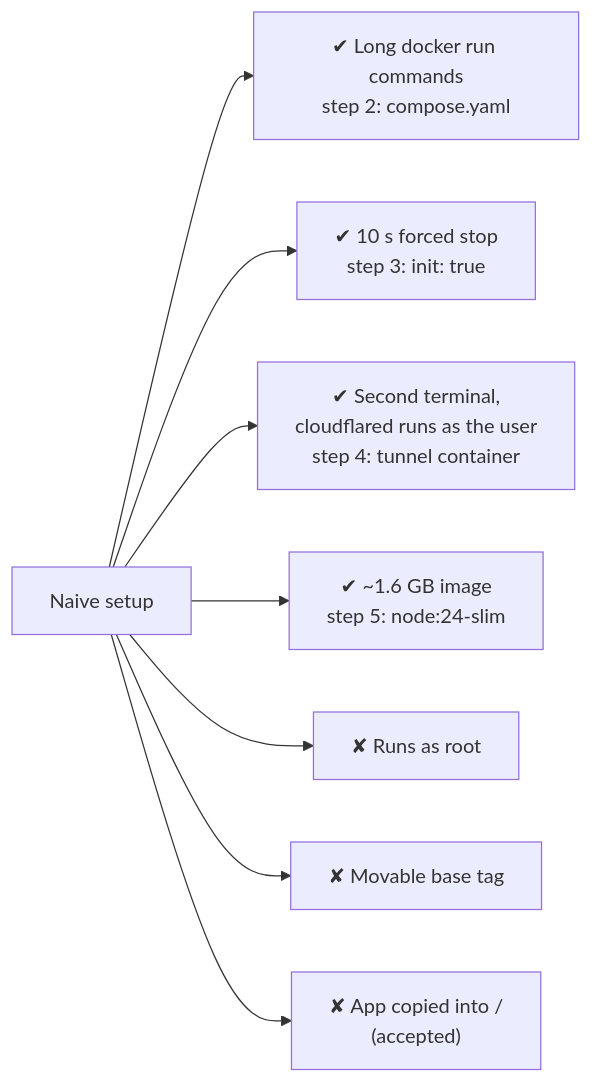
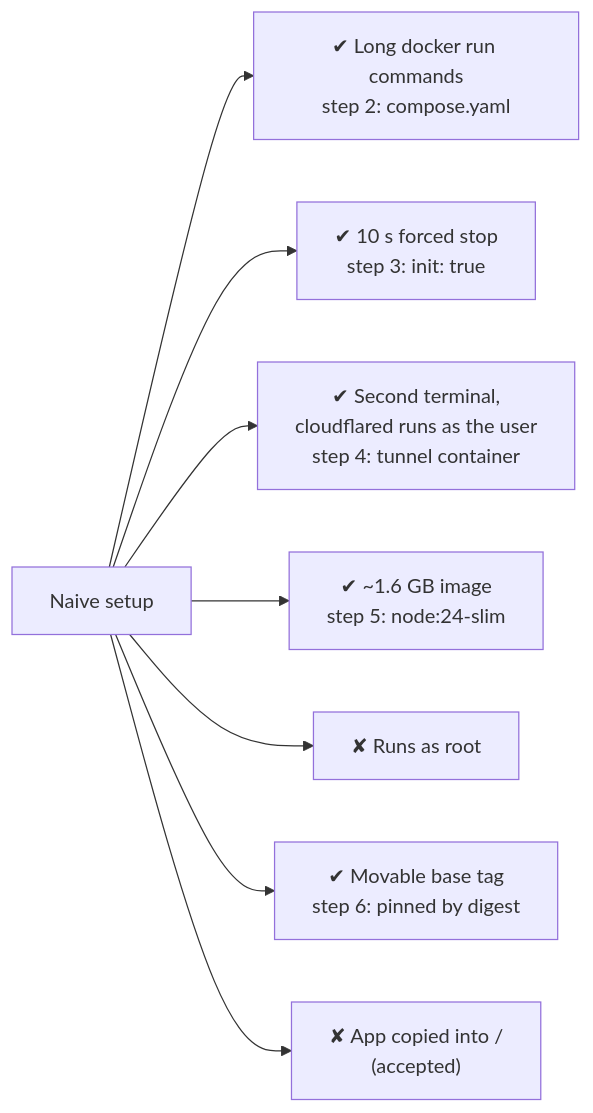
The diagram in docs/phases/phase-3-container/result.md (Bende-KBB/devops-lab), drawn with Mermaid before and after one commit. The commit also changed other lines of this file and 4 other files, not shown here.

````diff
--- a/docs/phases/phase-3-container/result.md
+++ b/docs/phases/phase-3-container/result.md
@@ -9,10 +9,10 @@
 ```mermaid
 flowchart LR
     N["Naive setup"] --> A["✔ Long docker run commands<br/>step 2: compose.yaml"]
     N --> B["✔ 10 s forced stop<br/>step 3: init: true"]
     N --> C["✔ Second terminal,<br/>cloudflared runs as the user<br/>step 4: tunnel container"]
     N --> D["✔ ~1.6 GB image<br/>step 5: node:24-slim"]
     N --> E["✘ Runs as root"]
-    N --> F["✘ Movable base tag"]
+    N --> F["✔ Movable base tag<br/>step 6: pinned by digest"]
     N --> G["✘ App copied into /<br/>(accepted)"]
 ```
````
